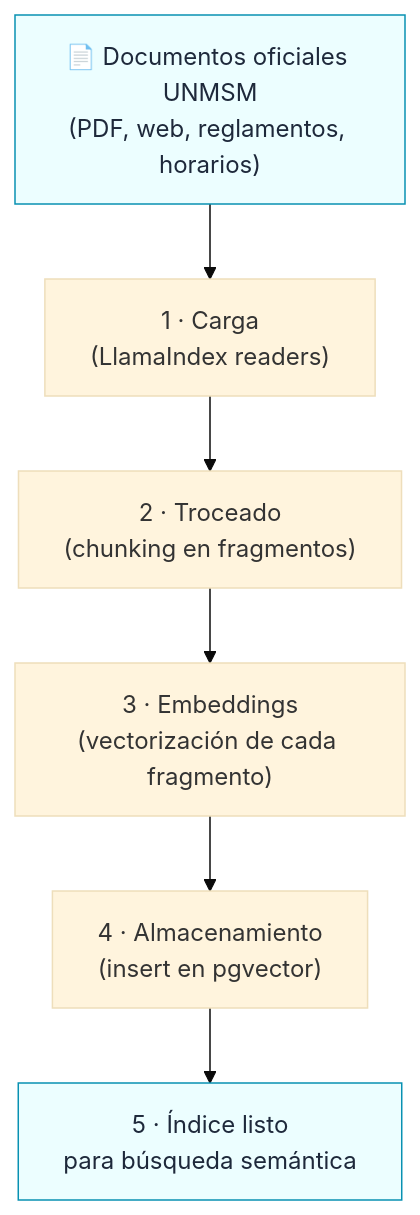
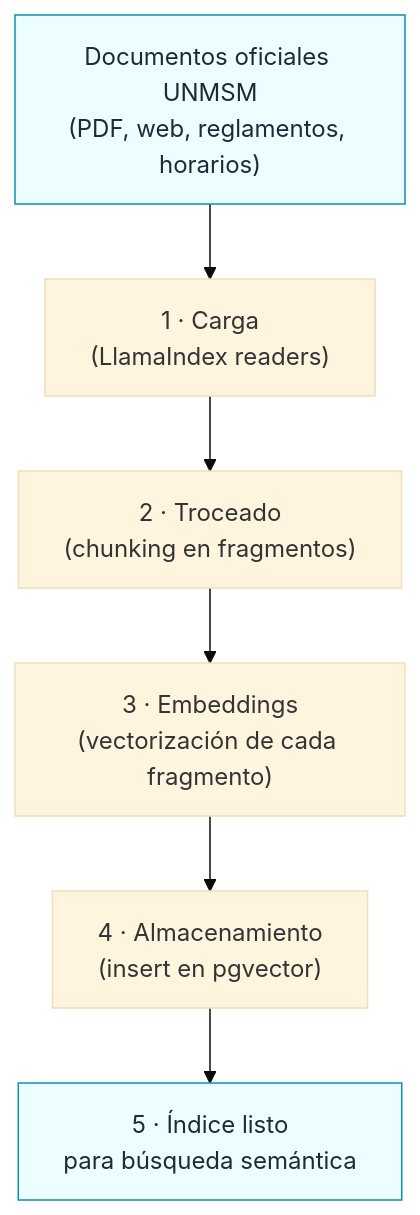
One commit to frank777ch/OndeSanMarcos changed the third of 6 diagrams in documents/03-backend-rag.md. Above: the diagram before and after it, drawn with Mermaid (base theme). The commit also changed other lines of this file and 7 other files, not shown here.

````diff
--- a/documents/03-backend-rag.md
+++ b/documents/03-backend-rag.md
@@ -76,14 +76,14 @@
 ```mermaid
 flowchart TD
-    docs["📄 Documentos oficiales UNMSM<br/>(PDF, web, reglamentos, horarios)"]
+    docs["Documentos oficiales UNMSM<br/>(PDF, web, reglamentos, horarios)"]
     load["1 · Carga<br/>(LlamaIndex readers)"]
     chunk["2 · Troceado<br/>(chunking en fragmentos)"]
     emb["3 · Embeddings<br/>(vectorización de cada fragmento)"]
     store["4 · Almacenamiento<br/>(insert en pgvector)"]
     idx["5 · Índice listo<br/>para búsqueda semántica"]
 
     docs --> load --> chunk --> emb --> store --> idx
 
     classDef io fill:#ecfeff,stroke:#0891b2,color:#1e293b;
     class docs,idx io;
 ```
````
